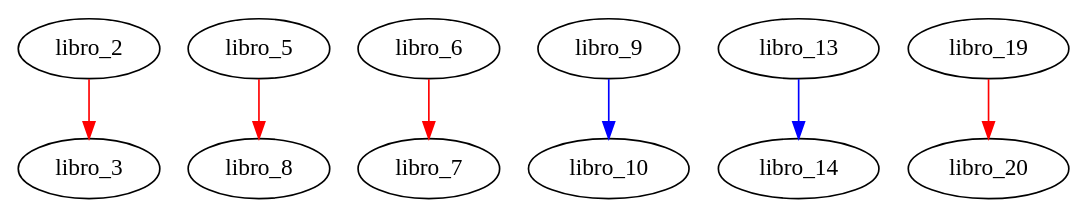
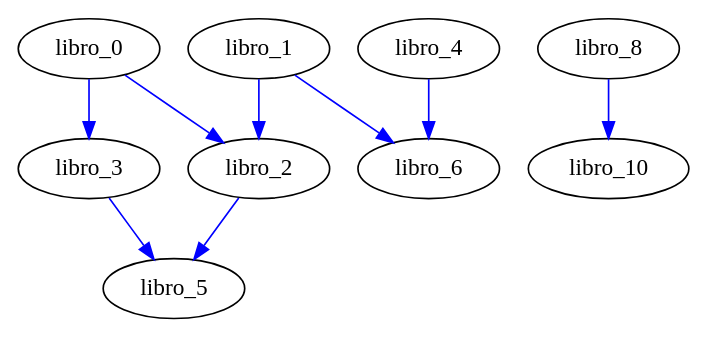
The diagram in src/Generador/graph.dot (3LVcT50r/IA-FIB-Practica3-23-24-Q1), drawn with Graphviz before and after one commit. The commit also changed 3 other files, not shown here.

```diff
--- a/src/Generador/graph.dot
+++ b/src/Generador/graph.dot
@@ -1,8 +1,10 @@
 digraph {
-  libro_2 -> libro_3 [color="red"];
-  libro_5 -> libro_8 [color="red"];
-  libro_6 -> libro_7 [color="red"];
-  libro_9 -> libro_10 [color="blue"];
-  libro_13 -> libro_14 [color="blue"];
-  libro_19 -> libro_20 [color="red"];
+  libro_0 -> libro_2 [color="blue"];
+  libro_0 -> libro_3 [color="blue"];
+  libro_1 -> libro_2 [color="blue"];
+  libro_1 -> libro_6 [color="blue"];
+  libro_2 -> libro_5 [color="blue"];
+  libro_3 -> libro_5 [color="blue"];
+  libro_4 -> libro_6 [color="blue"];
+  libro_8 -> libro_10 [color="blue"];
 }
```
